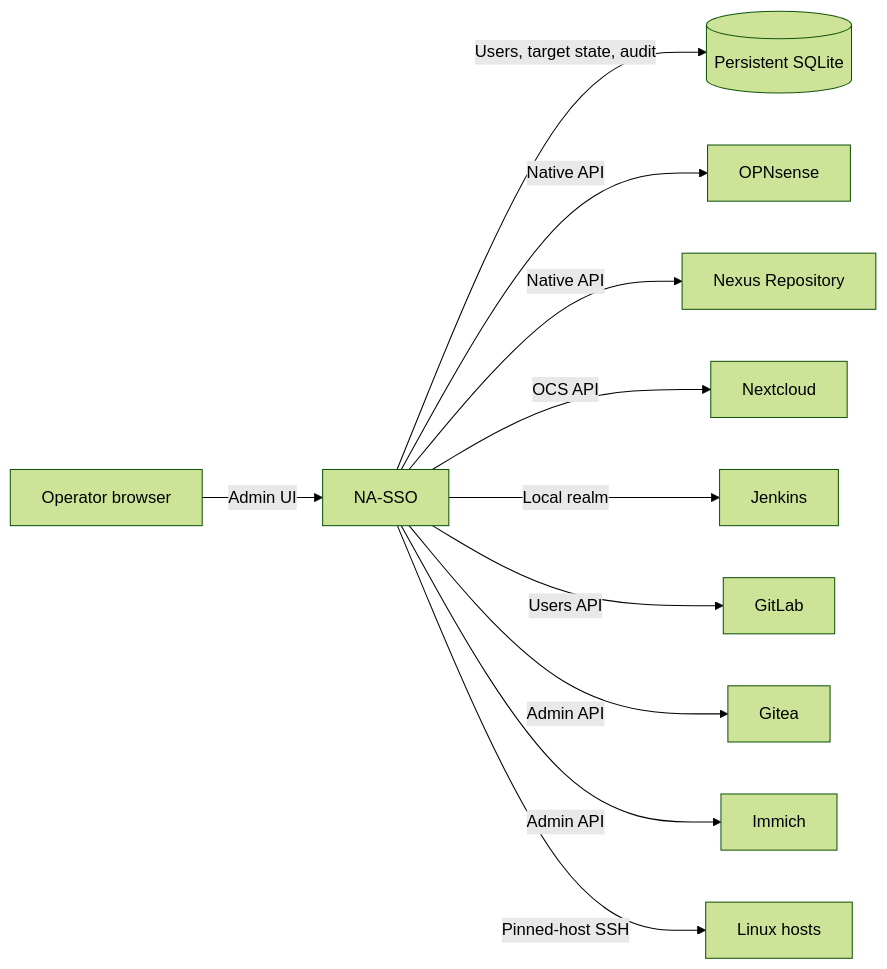
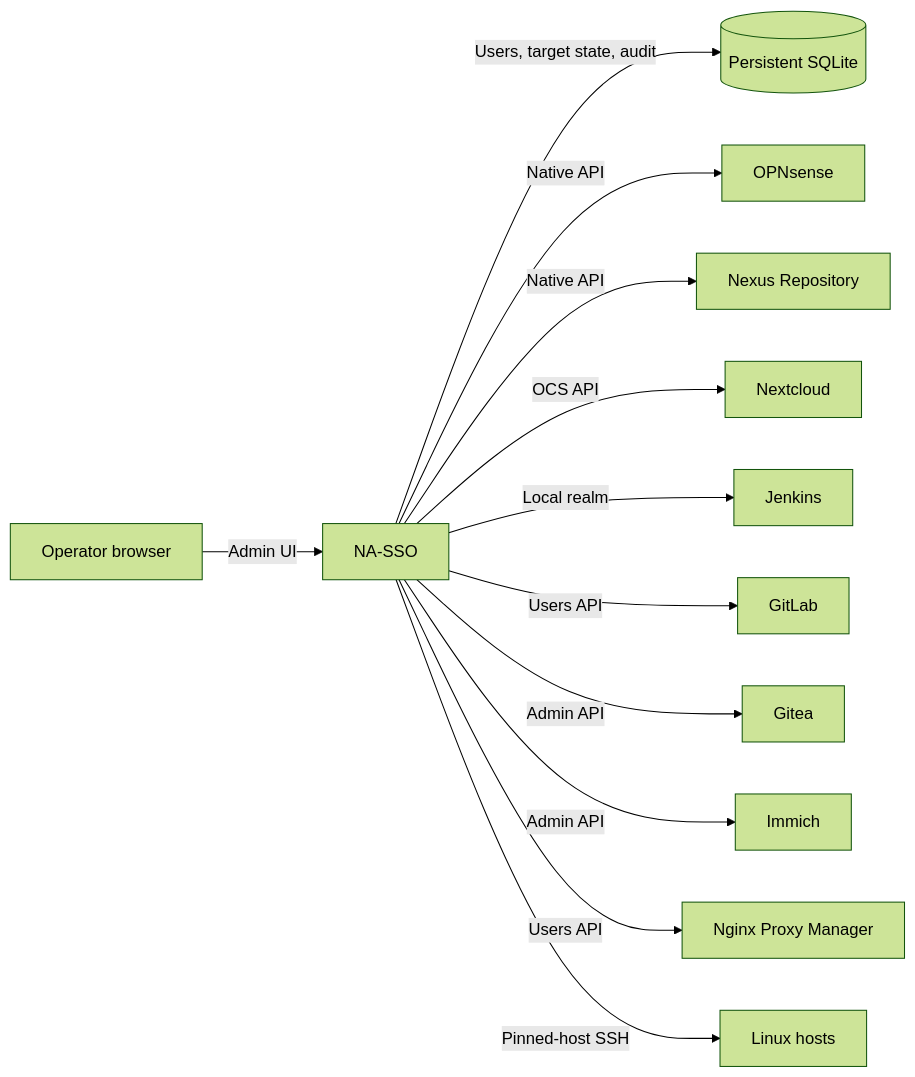
One commit to jpbaking/na-sso changed the diagram in README.md. Above: the diagram before and after it, drawn with Mermaid (forest theme). The commit also changed other lines of this file and 21 other files, not shown here.

First line of the commit message:
Add Nginx Proxy Manager target support

````diff
--- a/README.md
+++ b/README.md
@@ -79,13 +82,14 @@
 ```mermaid
 flowchart LR
     Operator["Operator browser"] -->|"Admin UI"| NaSso["NA-SSO"]
     NaSso -->|"Users, target state, audit"| SQLite[("Persistent SQLite")]
     NaSso -->|"Native API"| OPNsense["OPNsense"]
     NaSso -->|"Native API"| Nexus["Nexus Repository"]
     NaSso -->|"OCS API"| Nextcloud["Nextcloud"]
     NaSso -->|"Local realm"| Jenkins["Jenkins"]
     NaSso -->|"Users API"| GitLab["GitLab"]
     NaSso -->|"Admin API"| Gitea["Gitea"]
     NaSso -->|"Admin API"| Immich["Immich"]
+    NaSso -->|"Users API"| NPM["Nginx Proxy Manager"]
     NaSso -->|"Pinned-host SSH"| Linux["Linux hosts"]
 ```
````
